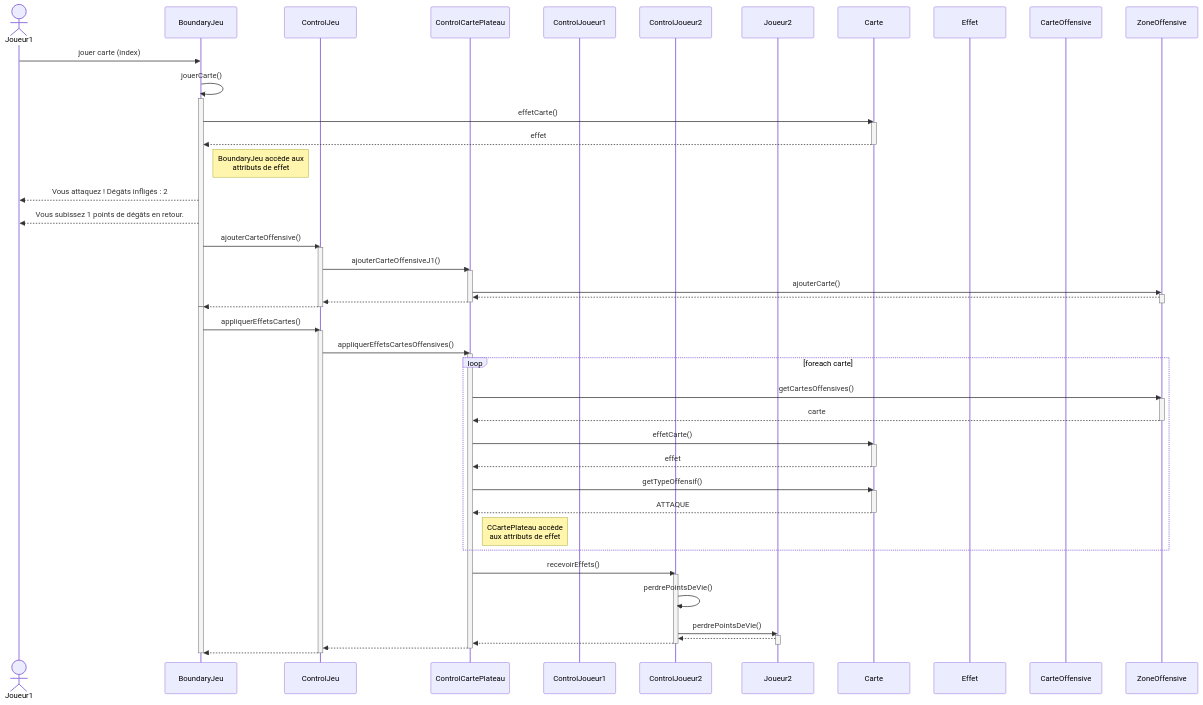
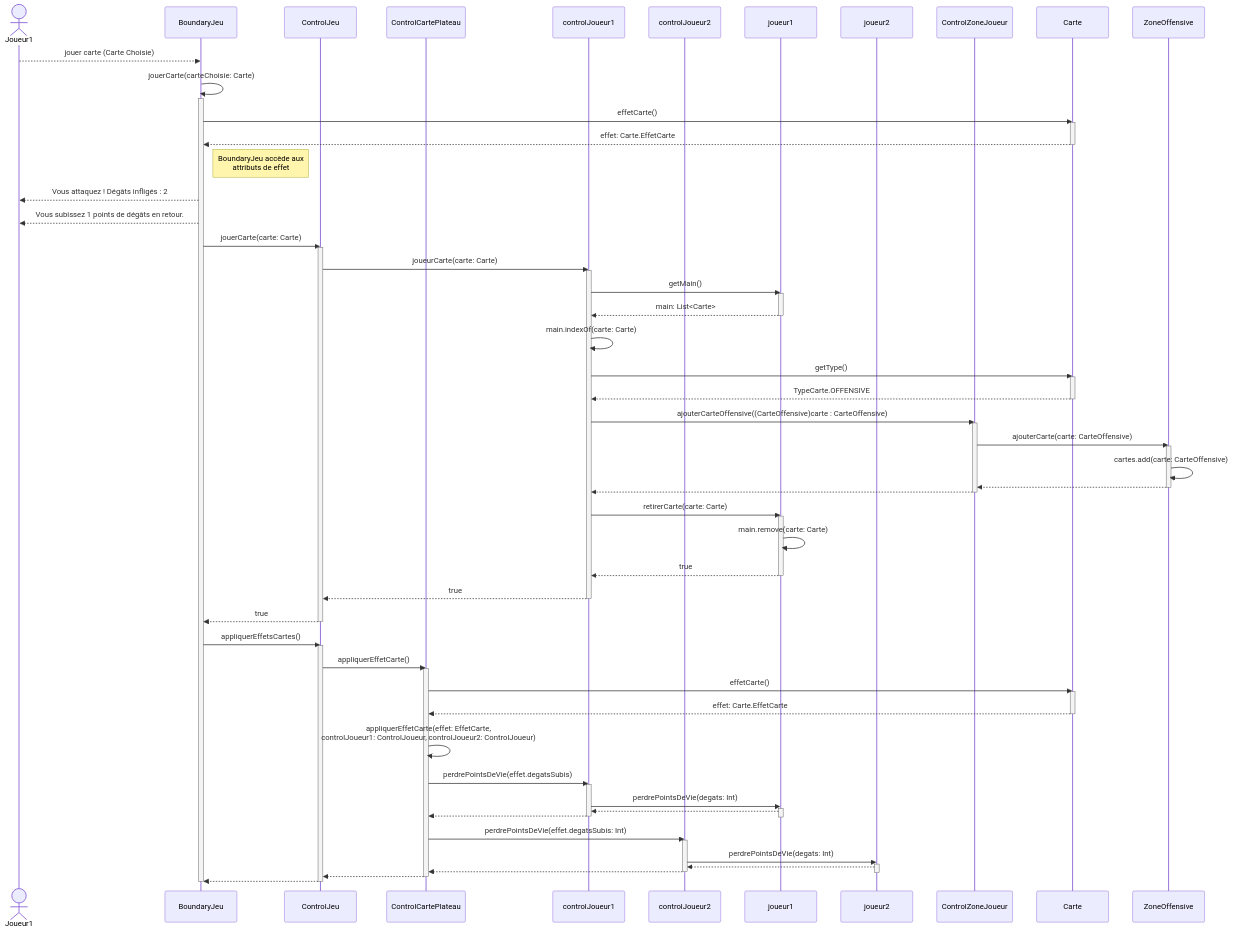
The diagram in UML sequence.md (coco875/ProjetPirate), drawn with Mermaid before and after one commit.

Commit message:
Update UML sequence

````diff
--- a/UML sequence.md
+++ b/UML sequence.md
@@ -13,37 +13,107 @@
 
     participant ControlJeu
     participant ControlCartePlateau
-    participant ControlJoueur1
-    participant ControlJoueur2
-    participant Joueur2
+    participant controlJoueur1 
+    participant controlJoueur2 
+    participant joueur1
+    participant joueur2
+    participant ControlZoneJoueur
     participant Carte
-    participant Effet 
-    participant CarteOffensive
     participant ZoneOffensive
     
-	Joueur1->>BoundaryJeu: jouer carte (index)
-    BoundaryJeu->>BoundaryJeu: jouerCarte()
+	Joueur1-->>BoundaryJeu: jouer carte (Carte Choisie)
+    BoundaryJeu->>BoundaryJeu: jouerCarte(carteChoisie: Carte)
     activate BoundaryJeu
     BoundaryJeu->>Carte: effetCarte()
     activate Carte
-    Carte-->>BoundaryJeu: effet
+    Carte-->>BoundaryJeu: effet: Carte.EffetCarte
     deactivate Carte
     Note right of BoundaryJeu: BoundaryJeu accède aux <br/>attributs de effet
 
     BoundaryJeu-->>Joueur1: Vous attaquez ! Dégâts infligés : 2
     BoundaryJeu-->>Joueur1: Vous subissez 1 points de dégâts en retour.
 
-    BoundaryJeu->>ControlJeu: ajouterCarteOffensive()
+    BoundaryJeu->>ControlJeu: jouerCarte(carte: Carte)
 
     activate ControlJeu
-    ControlJeu->>ControlCartePlateau: ajouterCarteOffensiveJ1()
+    ControlJeu->>controlJoueur1: joueurCarte(carte: Carte)
+
+    activate controlJoueur1
+    controlJoueur1->>joueur1: getMain()
+    activate joueur1
+    joueur1-->>controlJoueur1: main: List<Carte>
+    deactivate joueur1
+
+    controlJoueur1->>controlJoueur1: main.indexOf(carte: Carte)
+    controlJoueur1->>Carte: getType()
+
+    activate Carte
+    Carte-->>controlJoueur1: TypeCarte.OFFENSIVE
+    deactivate Carte
+
+    controlJoueur1->>ControlZoneJoueur: ajouterCarteOffensive((CarteOffensive)carte : CarteOffensive)
+    
+    activate ControlZoneJoueur
+    ControlZoneJoueur->>ZoneOffensive: ajouterCarte(carte: CarteOffensive)
+    
+
+    activate ZoneOffensive
+    ZoneOffensive->>ZoneOffensive: cartes.add(carte: CarteOffensive)
+    ZoneOffensive-->>ControlZoneJoueur: 
+    deactivate ZoneOffensive
+
+    ControlZoneJoueur-->>controlJoueur1: 
+    deactivate ControlZoneJoueur
+
+    controlJoueur1->>joueur1: retirerCarte(carte: Carte)
+
+    activate joueur1
+    joueur1->>joueur1: main.remove(carte: Carte)
+    joueur1-->>controlJoueur1: true
+    deactivate joueur1
+
+    controlJoueur1-->>ControlJeu: true
+    deactivate controlJoueur1
+
+
+    ControlJeu-->>BoundaryJeu: true
+    deactivate ControlJeu
+
+    BoundaryJeu->>ControlJeu: appliquerEffetsCartes()
+
+    activate ControlJeu
+    ControlJeu->>ControlCartePlateau: appliquerEffetCarte()
 
     activate ControlCartePlateau
-    ControlCartePlateau->>ZoneOffensive: ajouterCarte()
+    ControlCartePlateau->>Carte: effetCarte()
+    activate Carte
+    Carte-->>ControlCartePlateau: effet: Carte.EffetCarte
+    deactivate Carte
 
-    activate ZoneOffensive
-    ZoneOffensive-->>ControlCartePlateau: 
-    deactivate ZoneOffensive
+    ControlCartePlateau->>ControlCartePlateau: appliquerEffetCarte(effet: EffetCarte, <br/>controlJoueur1: ControlJoueur, controlJoueur2: ControlJoueur)
+    ControlCartePlateau->>controlJoueur1: perdrePointsDeVie(effet.degatsSubis)
+
+    activate controlJoueur1
+    controlJoueur1->>joueur1: perdrePointsDeVie(degats: Int)
+
+    activate joueur1
+    joueur1-->>controlJoueur1: 
+    deactivate joueur1
+
+    controlJoueur1-->>ControlCartePlateau: 
+    deactivate controlJoueur1
+
+    ControlCartePlateau->>controlJoueur2: perdrePointsDeVie(effet.degatsSubis: Int)
+
+    activate controlJoueur2
+    controlJoueur2->>joueur2: perdrePointsDeVie(degats: Int)
+
+    activate joueur2
+    joueur2-->>controlJoueur2: 
+    deactivate joueur2
+
+    controlJoueur2-->>ControlCartePlateau: 
+    deactivate controlJoueur2
 
     ControlCartePlateau-->>ControlJeu: 
     deactivate ControlCartePlateau
@@ -52,50 +122,6 @@
     deactivate ControlJeu
 
     deactivate BoundaryJeu
-
-    activate BoundaryJeu
-    BoundaryJeu->>ControlJeu: appliquerEffetsCartes()
     
-    activate ControlJeu
-    ControlJeu->>ControlCartePlateau: appliquerEffetsCartesOffensives()
-
-    activate ControlCartePlateau
-
-    loop foreach carte
-
-        ControlCartePlateau->>ZoneOffensive: getCartesOffensives()
-        activate ZoneOffensive
-        ZoneOffensive-->>ControlCartePlateau: carte
-        deactivate ZoneOffensive
-
-        ControlCartePlateau->>Carte: effetCarte()
-        activate Carte
-        Carte-->>ControlCartePlateau: effet
-        deactivate Carte
-
-        ControlCartePlateau->>Carte: getTypeOffensif()
-        activate Carte
-        Carte-->>ControlCartePlateau: ATTAQUE
-        deactivate Carte
-
-        Note right of ControlCartePlateau: CCartePlateau accède <br/>aux attributs de effet
-    end
-
-    ControlCartePlateau->>ControlJoueur2: recevoirEffets()
-    activate ControlJoueur2
-    ControlJoueur2->>ControlJoueur2: perdrePointsDeVie()
-    ControlJoueur2->>Joueur2: perdrePointsDeVie()
-    activate Joueur2
-    Joueur2-->>ControlJoueur2: 
-    deactivate Joueur2
-    ControlJoueur2-->>ControlCartePlateau: 
-    deactivate ControlJoueur2
-
-    ControlCartePlateau-->>ControlJeu: 
-    deactivate ControlCartePlateau
-
-    ControlJeu-->>BoundaryJeu: 
-    deactivate ControlJeu
-
-    deactivate BoundaryJeu
+    
 ```
````
